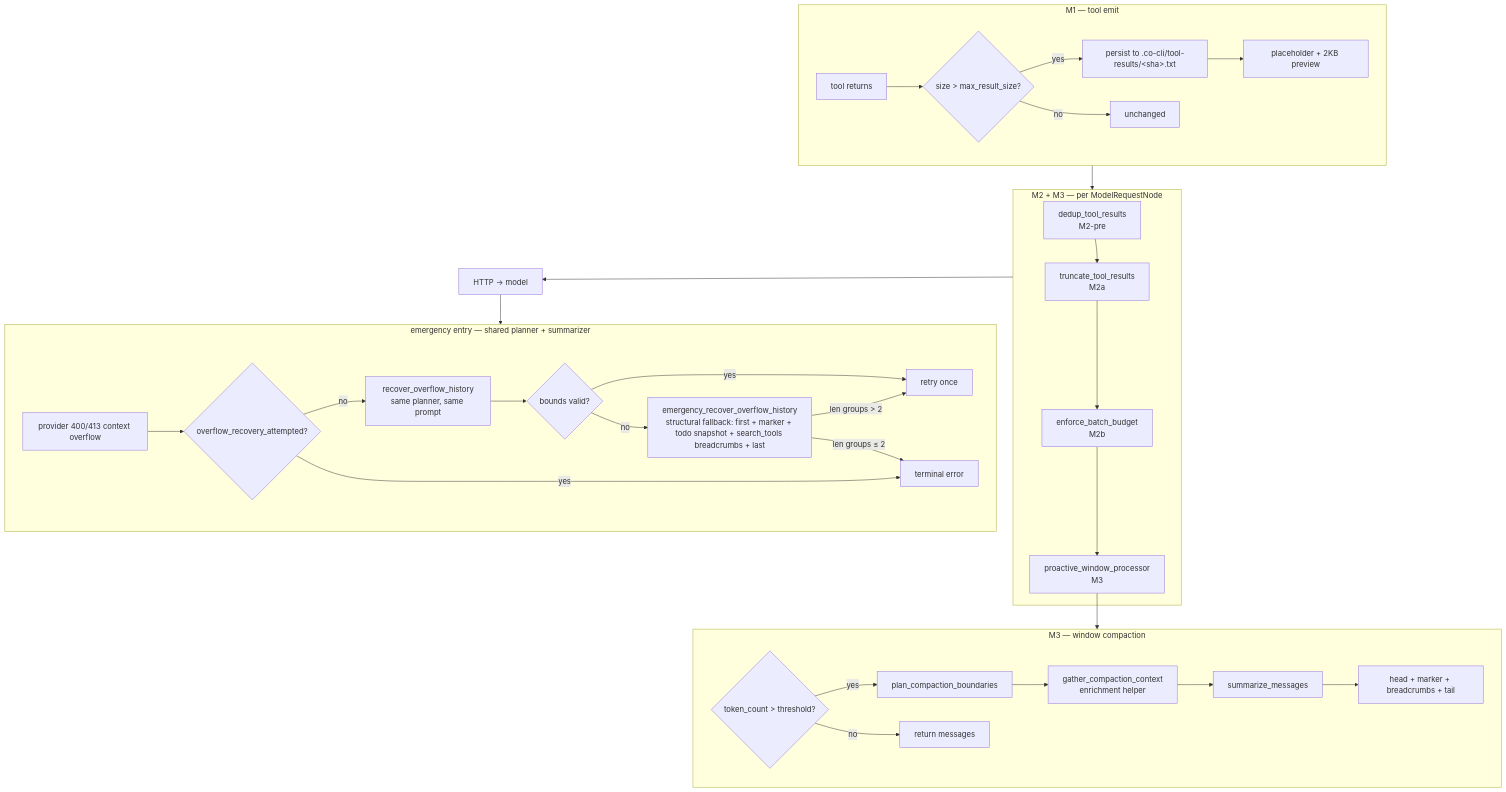
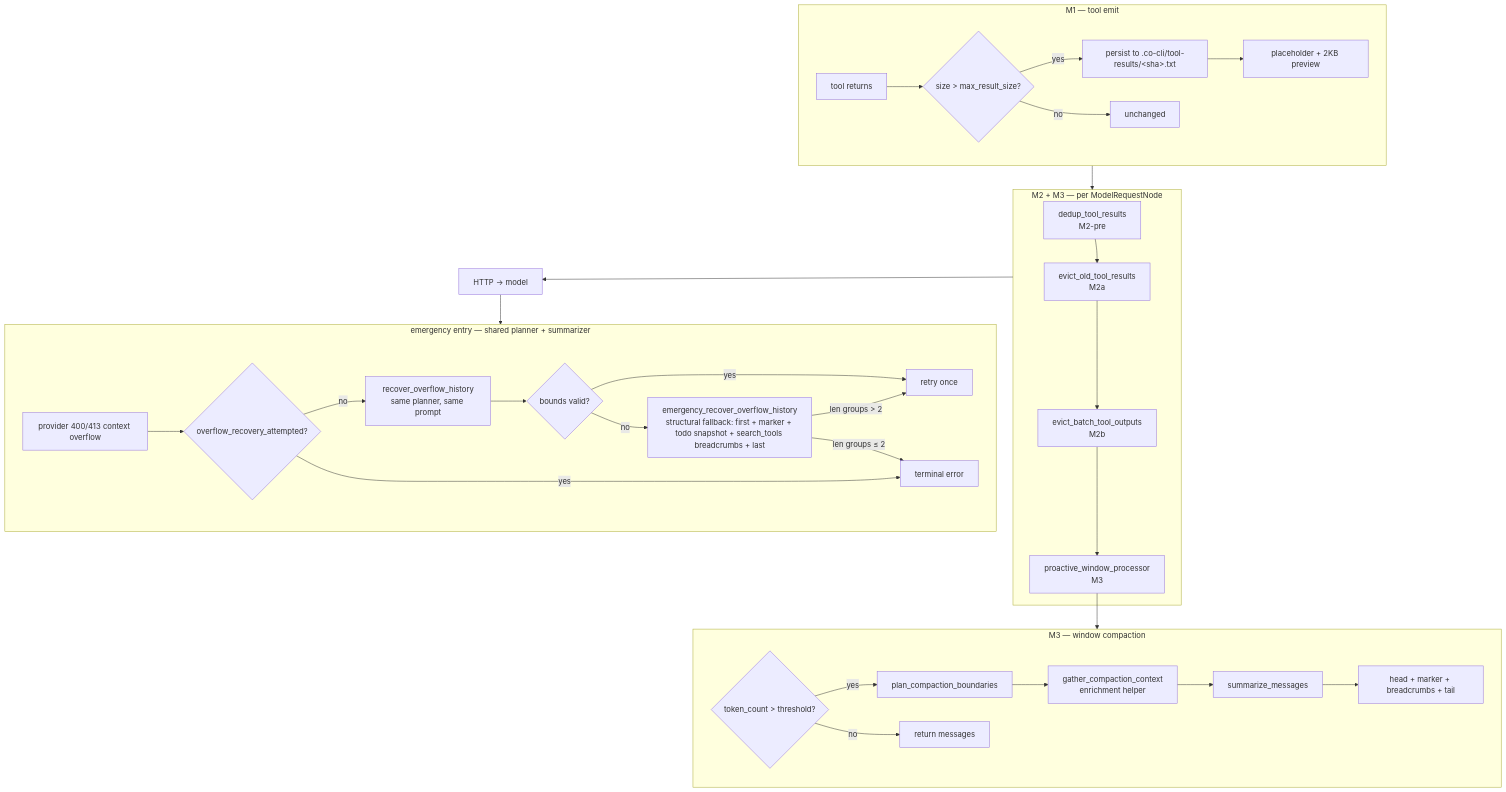
The first of 6 diagrams in docs/specs/compaction.md (binlecode/co-cli), drawn with Mermaid before and after one commit. The commit also changed other lines of this file and 12 other files, not shown here.

````diff
--- a/docs/specs/compaction.md
+++ b/docs/specs/compaction.md
@@ -8,49 +8,49 @@
 ```mermaid
 flowchart TD
     subgraph Emit["M1 — tool emit"]
         T[tool returns]
         T --> S{size &gt; max_result_size?}
         S -->|yes| P[persist to .co-cli/tool-results/&lt;sha&gt;.txt]
         P --> Ph[placeholder + 2KB preview]
         S -->|no| Pass[unchanged]
     end
 
     subgraph PerReq["M2 + M3 — per ModelRequestNode"]
         R0[dedup_tool_results<br/>M2-pre]
-        R1[truncate_tool_results<br/>M2a]
-        R1b[enforce_batch_budget<br/>M2b]
+        R1[evict_old_tool_results<br/>M2a]
+        R1b[evict_batch_tool_outputs<br/>M2b]
         R5[proactive_window_processor<br/>M3]
         R0 --> R1 --> R1b --> R5
     end
 
     subgraph Window["M3 — window compaction"]
         T1{token_count &gt; threshold?}
         T2[plan_compaction_boundaries]
         T3[gather_compaction_context<br/>enrichment helper]
         T4[summarize_messages]
         T5[head + marker + breadcrumbs + tail]
         T1 -->|yes| T2 --> T3 --> T4 --> T5
         T1 -->|no| Pass2[return messages]
     end
 
     subgraph Overflow["emergency entry — shared planner + summarizer"]
         O1[provider 400/413 context overflow]
         O2{overflow_recovery_attempted?}
         O3[recover_overflow_history<br/>same planner, same prompt]
         O3b{bounds valid?}
         O3c[emergency_recover_overflow_history<br/>structural fallback: first + marker + todo snapshot + search_tools breadcrumbs + last]
         O4[retry once]
         O1 --> O2
         O2 -->|no| O3 --> O3b
         O3b -->|yes| O4
         O3b -->|no| O3c
         O3c -->|len groups &gt; 2| O4
         O3c -->|len groups ≤ 2| O6[terminal error]
         O2 -->|yes| O6
     end
 
     Emit --> PerReq
     R5 --> Window
     PerReq --> HTTP[HTTP → model]
     HTTP --> Overflow
 ```
````
